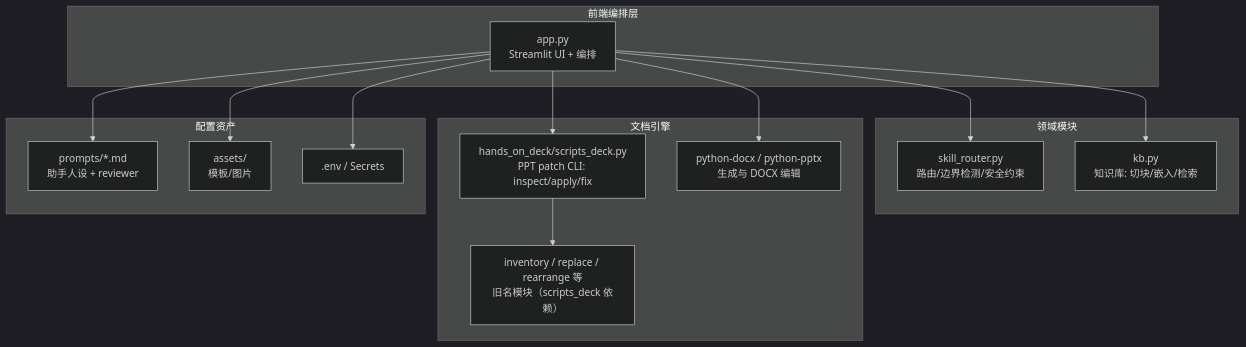
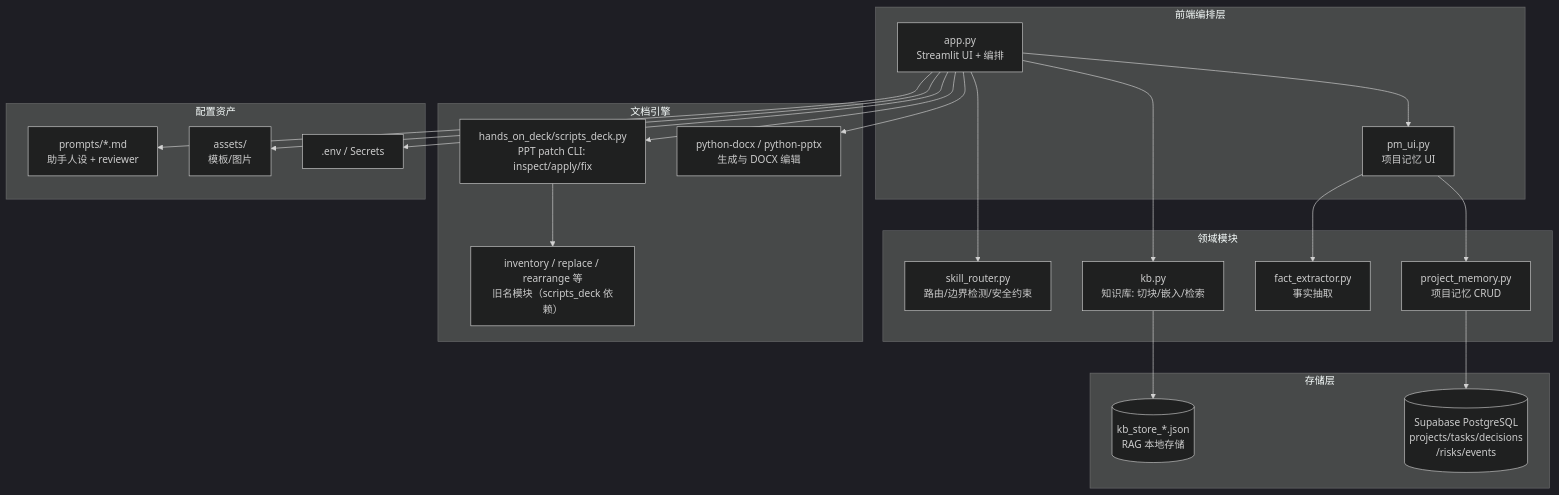
Before and after one commit to kjlsastop-cyber/PM_Assistant: the third of 3 diagrams in 产品需求文档.md, drawn with Mermaid (dark theme). The commit also changed other lines of this file and 9 other files, not shown here.

First line of the commit message:
feat: add project memory with Supabase and fact extraction

````diff
--- a/产品需求文档.md
+++ b/产品需求文档.md
@@ -239,28 +320,40 @@
 ```mermaid
 flowchart TB
     subgraph 前端编排层
         APP[app.py<br/>Streamlit UI + 编排]
+        PMUI[pm_ui.py<br/>项目记忆 UI]
     end
     subgraph 领域模块
         SR[skill_router.py<br/>路由/边界检测/安全约束]
         KB[kb.py<br/>知识库: 切块/嵌入/检索]
+        FE[fact_extractor.py<br/>事实抽取]
+        PMLIB[project_memory.py<br/>项目记忆 CRUD]
     end
     subgraph 文档引擎
         HOD[hands_on_deck/scripts_deck.py<br/>PPT patch CLI: inspect/apply/fix]
         MOD[inventory / replace / rearrange 等<br/>旧名模块（scripts_deck 依赖）]
         DOCX[python-docx / python-pptx<br/>生成与 DOCX 编辑]
+    end
+    subgraph 存储层
+        KBS[(kb_store_*.json<br/>RAG 本地存储)]
+        DB[(Supabase PostgreSQL<br/>projects/tasks/decisions<br/>/risks/events)]
     end
     subgraph 配置资产
         PR[prompts/*.md<br/>助手人设 + reviewer]
         AS[assets/<br/>模板/图片]
         ENV[.env / Secrets]
     end
     APP --> SR
     APP --> KB
+    APP --> PMUI
+    PMUI --> FE
+    PMUI --> PMLIB
+    PMLIB --> DB
+    KB --> KBS
     APP --> HOD
     APP --> DOCX
     HOD --> MOD
     APP --> PR
     APP --> AS
     APP --> ENV
 ```
````
